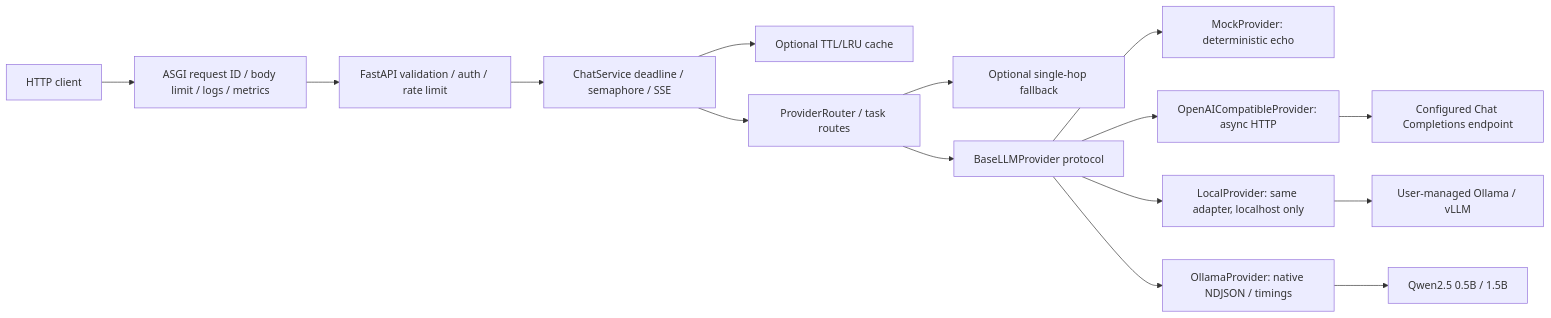
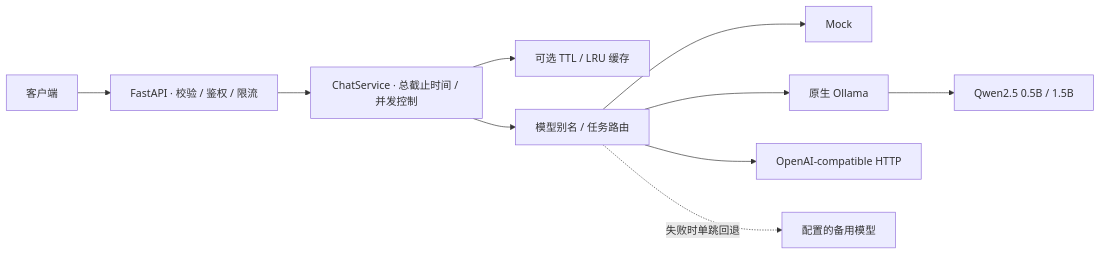
Before and after one commit to FouHe0720/llm-gateway-service: the diagram in README.md, drawn with Mermaid. The commit also changed other lines of this file and 13 other files, not shown here.

````diff
--- a/README.md
+++ b/README.md
@@ -23,17 +52,12 @@
 ```mermaid
 flowchart LR
-    C[HTTP client] --> M[ASGI request ID / body limit / logs / metrics]
-    M --> A[FastAPI validation / auth / rate limit]
-    A --> S[ChatService deadline / semaphore / SSE]
-    S --> CA[Optional TTL/LRU cache]
-    S --> R[ProviderRouter / task routes]
-    R --> F[Optional single-hop fallback]
-    R --> P[BaseLLMProvider protocol]
-    P --> K[MockProvider: deterministic echo]
-    P --> O[OpenAICompatibleProvider: async HTTP]
-    P --> L[LocalProvider: same adapter, localhost only]
-    P --> N[OllamaProvider: native NDJSON / timings]
-    N --> Q[Qwen2.5 0.5B / 1.5B]
-    O --> U[Configured Chat Completions endpoint]
-    L --> V[User-managed Ollama / vLLM]
+    Client[客户端] --> API[FastAPI · 校验 / 鉴权 / 限流]
+    API --> Service[ChatService · 总截止时间 / 并发控制]
+    Service --> Cache[可选 TTL / LRU 缓存]
+    Service --> Router[模型别名 / 任务路由]
+    Router --> Mock[Mock]
+    Router --> Ollama[原生 Ollama]
+    Router --> HTTP[OpenAI-compatible HTTP]
+    Ollama --> Qwen[Qwen2.5 0.5B / 1.5B]
+    Router -. 失败时单跳回退 .-> Backup[配置的备用模型]
 ```
````
